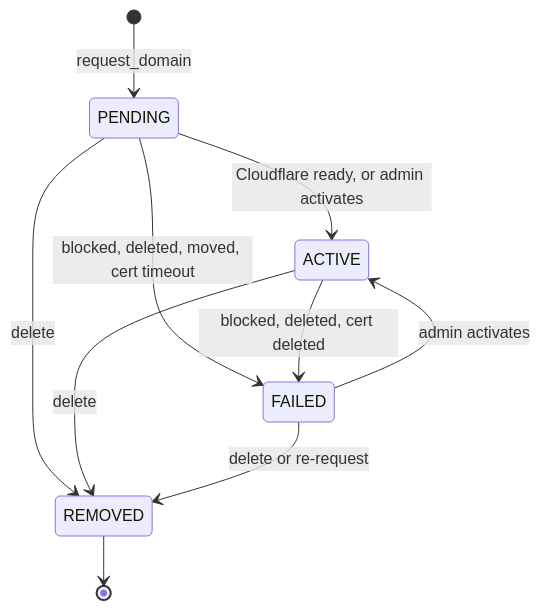
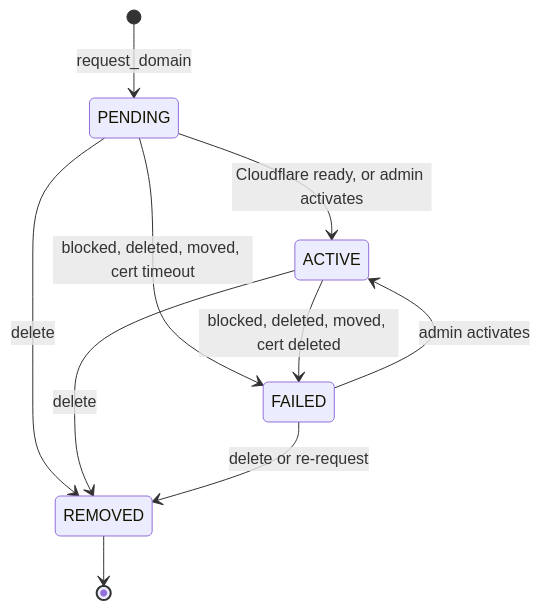
The third of 3 diagrams in docs/architecture/white-label.md (letsrevel/revel-backend), drawn with Mermaid before and after one commit. The commit also changed other lines of this file and 10 other files, not shown here.

````diff
--- a/docs/architecture/white-label.md
+++ b/docs/architecture/white-label.md
@@ -330,12 +361,12 @@
 ```mermaid
 stateDiagram-v2
     [*] --> PENDING: request_domain
     PENDING --> ACTIVE: Cloudflare ready, or admin activates
     PENDING --> FAILED: blocked, deleted, moved, cert timeout
-    ACTIVE --> FAILED: blocked, deleted, cert deleted
+    ACTIVE --> FAILED: blocked, deleted, moved, cert deleted
     FAILED --> ACTIVE: admin activates
     PENDING --> REMOVED: delete
     ACTIVE --> REMOVED: delete
     FAILED --> REMOVED: delete or re-request
     REMOVED --> [*]
 ```
````
